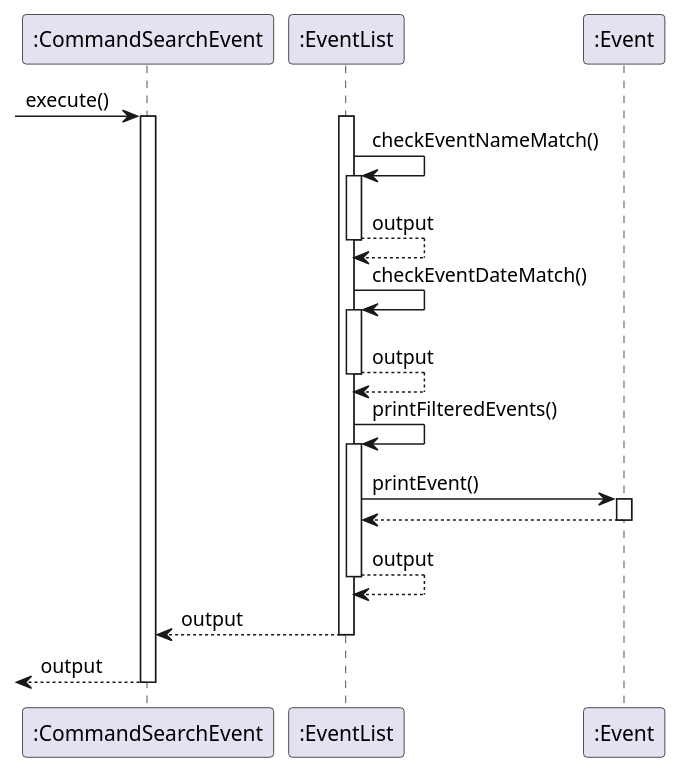
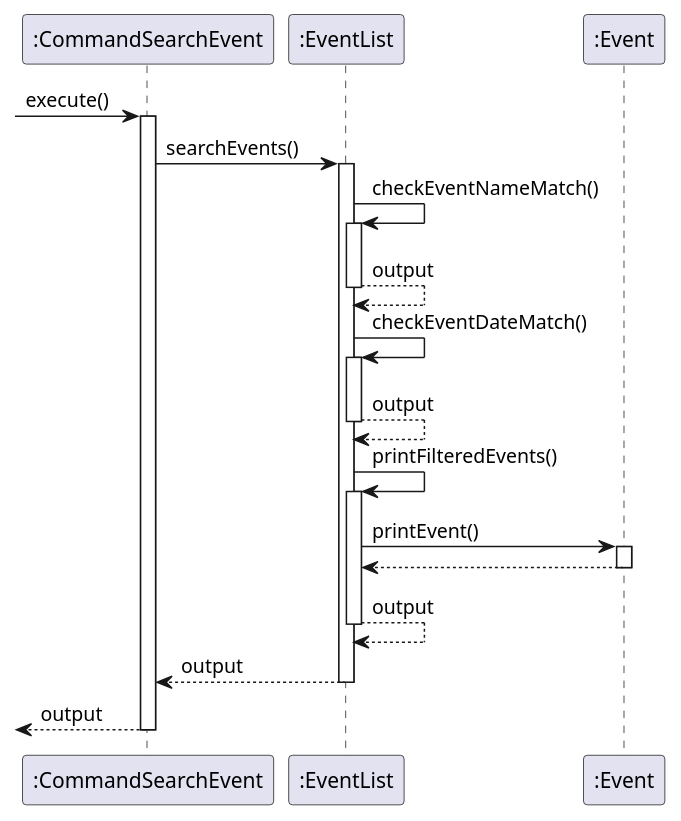
The diagram in docs/EventDiagram/SequenceDiagram/CommandSearchEvent.puml (nus-cs2113-AY2021S1/tp), drawn with PlantUML before and after one commit.

Commit message:
Missing arrow in uml diagram

```diff
--- a/docs/EventDiagram/SequenceDiagram/CommandSearchEvent.puml
+++ b/docs/EventDiagram/SequenceDiagram/CommandSearchEvent.puml
@@ -1,24 +1,26 @@
 @startuml
  -> ":CommandSearchEvent" : execute()
 
 activate ":CommandSearchEvent"
 
+
+":CommandSearchEvent" -> ":EventList" : searchEvents()
 activate ":EventList"
 ":EventList" -> ":EventList" : checkEventNameMatch()
 activate ":EventList"
 return output
 ":EventList" -> ":EventList" : checkEventDateMatch()
 activate ":EventList"
 return output
 ":EventList" -> ":EventList" : printFilteredEvents()
 activate ":EventList"
 ":EventList" -> ":Event" : printEvent()
 activate ":Event"
 ":EventList" <-- ":Event"
 deactivate ":Event"
 return output
 ":CommandSearchEvent" <-- ":EventList" : output
 deactivate ":EventList"
   <-- ":CommandSearchEvent" : output
 deactivate ":CommandSearchEvent"
 @enduml
```
